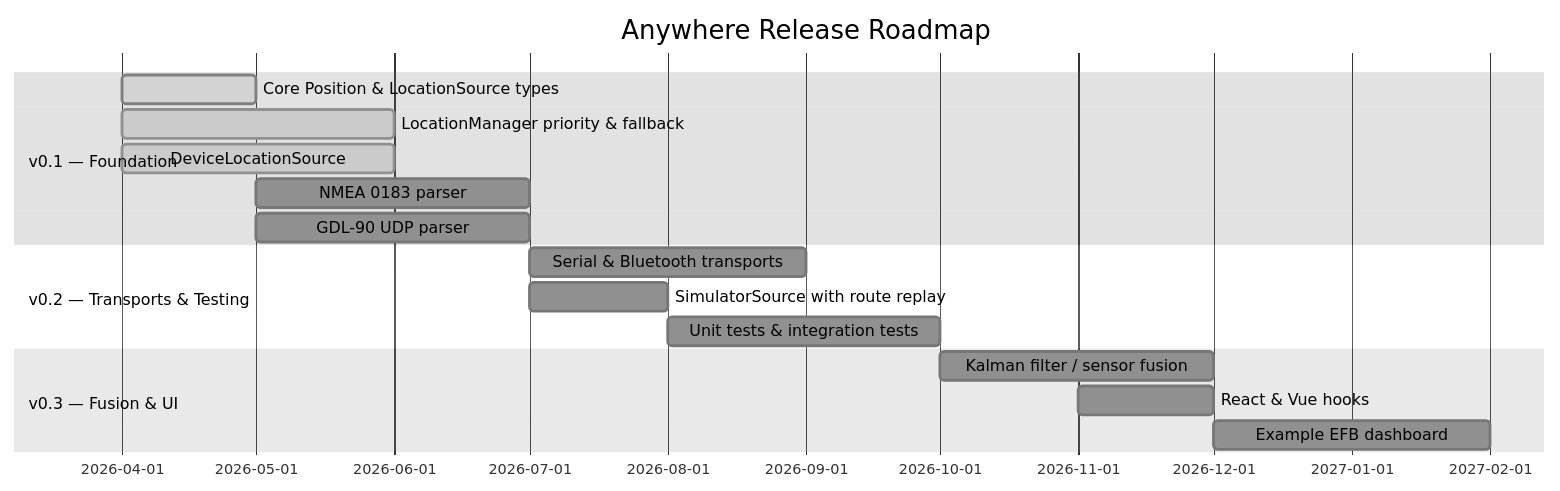
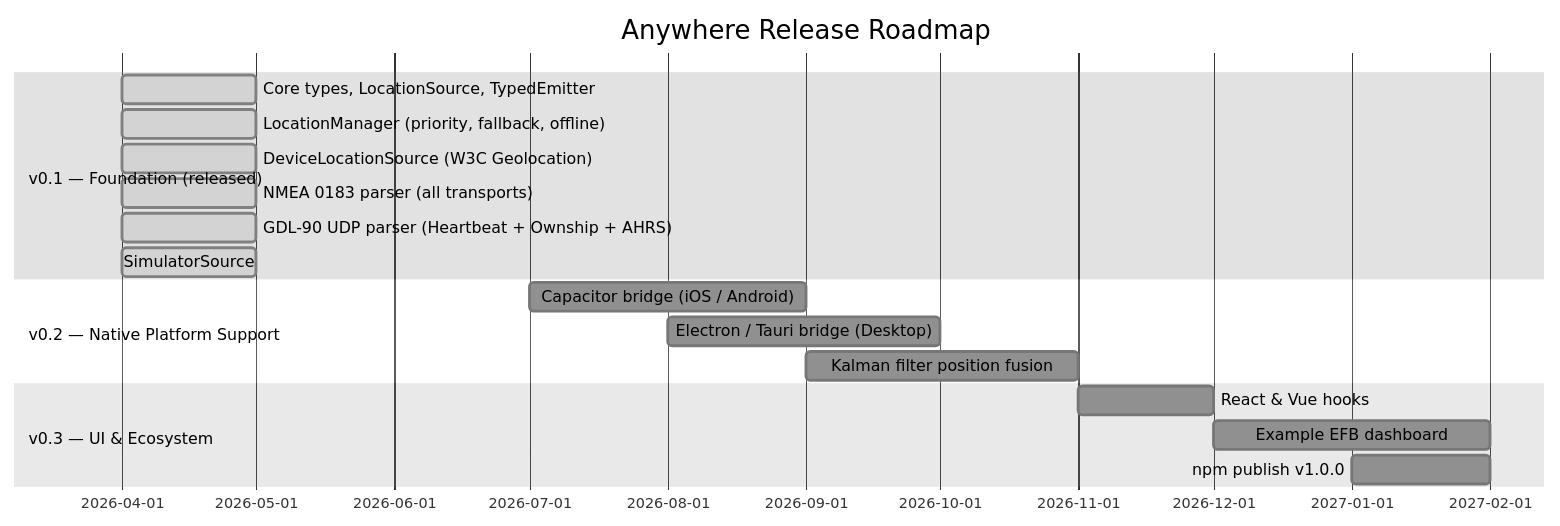
The eighth of 8 diagrams in README.md (visionik/anywhere), drawn with Mermaid before and after one commit. The commit also changed other lines of this file and 3 other files, not shown here.

````diff
--- a/README.md
+++ b/README.md
@@ -353,20 +377,21 @@
 ```mermaid
 %%{init: {'theme': 'base', 'themeVariables': {'primaryTextColor': '#000000', 'secondaryTextColor': '#000000', 'tertiaryTextColor': '#000000', 'noteTextColor': '#000000', 'primaryColor': '#909090', 'secondaryColor': '#808080', 'tertiaryColor': '#707070', 'lineColor': '#404040', 'actorLineColor': '#404040', 'signalColor': '#404040', 'actorBkg': '#808080', 'actorTextColor': '#000000', 'noteBkgColor': '#909090', 'stateLabelColor': '#000000', 'compositeBackground': '#a0a0a0'}}}%%
 gantt
     title Anywhere Release Roadmap
     dateFormat YYYY-MM
-    section v0.1 — Foundation
-    Core Position & LocationSource types  :done,    2026-04, 1M
-    LocationManager priority & fallback   :active,  2026-04, 2M
-    DeviceLocationSource                  :active,  2026-04, 2M
-    NMEA 0183 parser                      :         2026-05, 2M
-    GDL-90 UDP parser                     :         2026-05, 2M
-    section v0.2 — Transports & Testing
-    Serial & Bluetooth transports         :         2026-07, 2M
-    SimulatorSource with route replay     :         2026-07, 1M
-    Unit tests & integration tests        :         2026-08, 2M
-    section v0.3 — Fusion & UI
-    Kalman filter / sensor fusion         :         2026-10, 2M
-    React & Vue hooks                     :         2026-11, 1M
-    Example EFB dashboard                 :         2026-12, 2M
+    section v0.1 — Foundation (released)
+    Core types, LocationSource, TypedEmitter  :done, 2026-04, 1M
+    LocationManager (priority, fallback, offline) :done, 2026-04, 1M
+    DeviceLocationSource (W3C Geolocation)    :done, 2026-04, 1M
+    NMEA 0183 parser (all transports)         :done, 2026-04, 1M
+    GDL-90 UDP parser (Heartbeat + Ownship + AHRS) :done, 2026-04, 1M
+    SimulatorSource                           :done, 2026-04, 1M
+    section v0.2 — Native Platform Support
+    Capacitor bridge (iOS / Android)          :      2026-07, 2M
+    Electron / Tauri bridge (Desktop)         :      2026-08, 2M
+    Kalman filter position fusion             :      2026-09, 2M
+    section v0.3 — UI & Ecosystem
+    React & Vue hooks                         :      2026-11, 1M
+    Example EFB dashboard                     :      2026-12, 2M
+    npm publish v1.0.0                        :      2027-01, 1M
 ```
````
